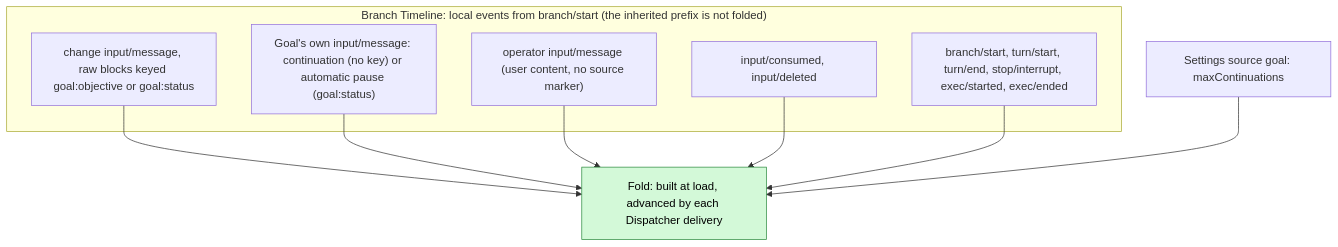
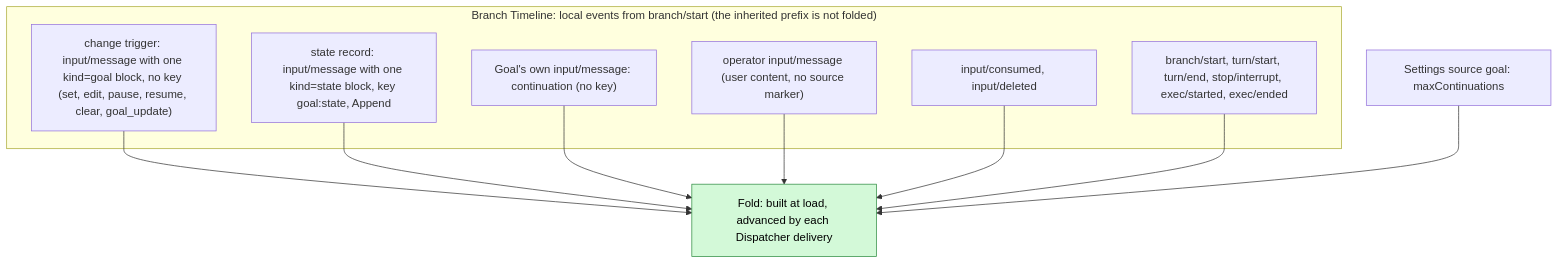
The second of 7 diagrams in docs/design/plugins/Goal.md (CoutinhoTTS/dim-agent), drawn with Mermaid before and after one commit. The commit also changed other lines of this file and 23 other files, not shown here.

````diff
--- a/docs/design/plugins/Goal.md
+++ b/docs/design/plugins/Goal.md
@@ -49,19 +49,21 @@
 ```mermaid
 flowchart TB
   subgraph TLB["Branch Timeline: local events from branch/start (the inherited prefix is not folded)"]
-    GBK["change input/message, raw blocks keyed goal:objective or goal:status"]
-    CI["Goal's own input/message: continuation (no key) or automatic pause (goal:status)"]
+    TR["change trigger: input/message with one kind=goal block, no key (set, edit, pause, resume, clear, goal_update)"]
+    SR["state record: input/message with one kind=state block, key goal:state, Append"]
+    CI["Goal's own input/message: continuation (no key)"]
     OI["operator input/message (user content, no source marker)"]
     IC["input/consumed, input/deleted"]
     TE["branch/start, turn/start, turn/end, stop/interrupt, exec/started, exec/ended"]
   end
   CFG["Settings source goal: maxContinuations"]
   VIEW["Fold: built at load, advanced by each Dispatcher delivery"]:::new
-  GBK --> VIEW
+  TR --> VIEW
+  SR --> VIEW
   CI --> VIEW
   OI --> VIEW
   IC --> VIEW
   TE --> VIEW
   CFG --> VIEW
   classDef new fill:#d3f9d8,stroke:#2b8a3e,color:#000
 ```
````
